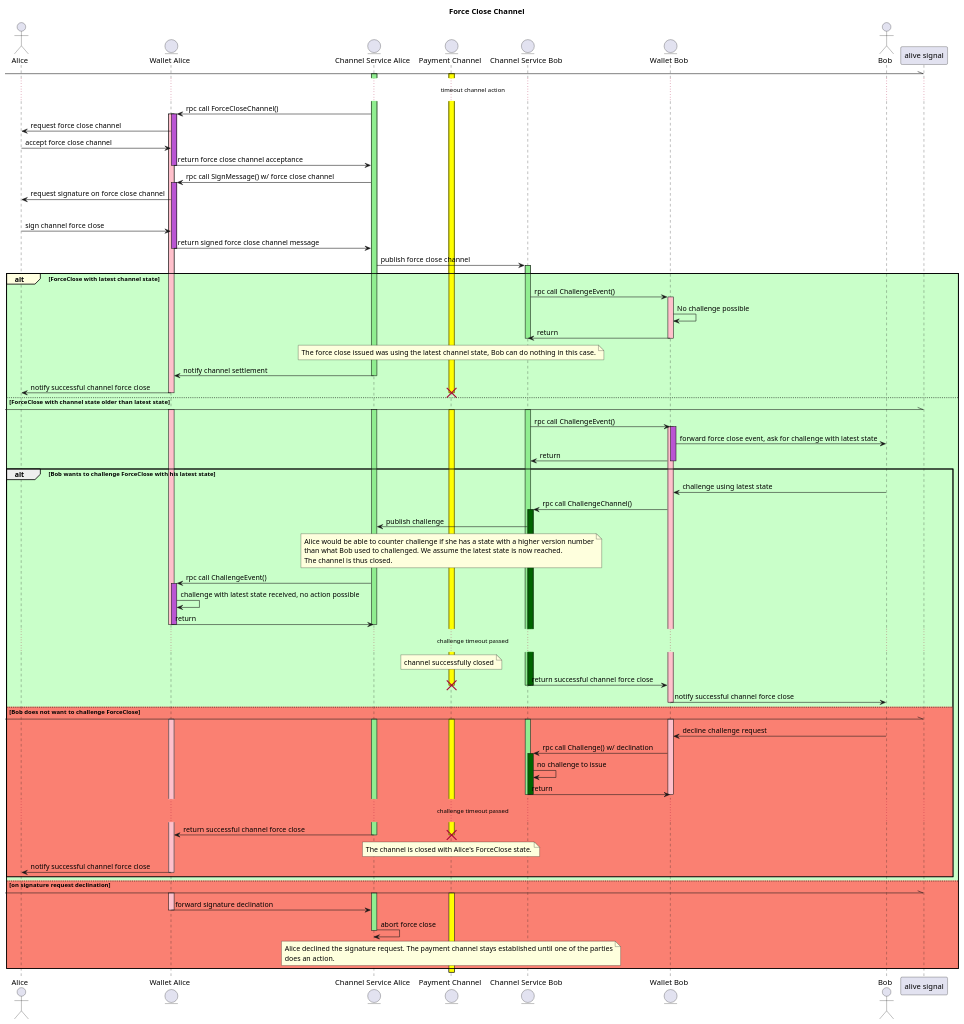
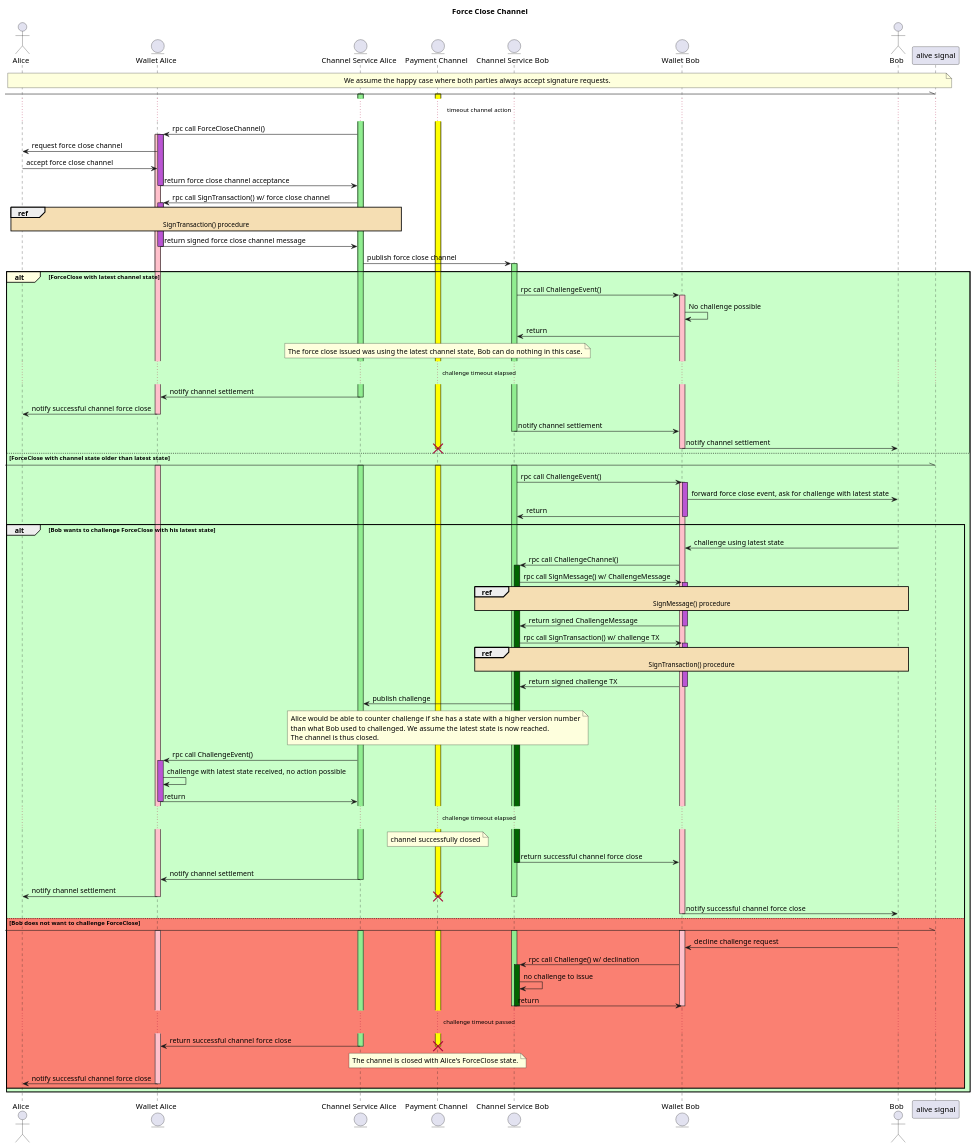
One commit to perun-network/perun-wallet-spec changed the diagram in src/sequence-force-close.pu. Above: the diagram before and after it, drawn with PlantUML. The commit also changed 13 other files, not shown here.

Commit message:
sequence: Clean up sequence diagrams and reference in Spec.md

```diff
--- a/src/sequence-force-close.pu
+++ b/src/sequence-force-close.pu
@@ -1,125 +1,130 @@
 @startuml
 actor Alice as A
 entity "Wallet Alice" as WA
 entity "Channel Service Alice" as CSA
 entity "Payment Channel" as PC
 entity "Channel Service Bob" as CSB
 entity "Wallet Bob" as WB
 actor Bob as B
 
+skinparam sequenceReferenceBackgroundColor wheat
+
 title Force Close Channel
+
+note across: We assume the happy case where both parties always accept signature requests.
 
 [-\\ "alive signal"
 activate PC #yellow
 activate CSA #lightgreen
 ...timeout channel action...
 CSA -> WA : rpc call ForceCloseChannel()
 activate WA #pink
 activate WA #mediumorchid
 WA -> A : request force close channel
 A -> WA : accept force close channel
 WA -> CSA : return force close channel acceptance
 deactivate WA
-CSA -> WA : rpc call SignMessage() w/ force close channel
+CSA -> WA : rpc call SignTransaction() w/ force close channel
 activate WA #mediumorchid
-WA -> A : request signature on force close channel
-alt#gold #lightblue on signature request acceptance
-  A -> WA : sign channel force close
-  WA -> CSA : return signed force close channel message
+ref over A, CSA, WA : SignTransaction() procedure
+WA -> CSA : return signed force close channel message
+deactivate WA
+CSA -> CSB : publish force close channel
+activate CSB #lightgreen
+alt#lightyellow #technology ForceClose with latest channel state
+  CSB -> WB : rpc call ChallengeEvent()
+  activate WB #pink
+  WB -> WB : No challenge possible
+  WB -> CSB : return
+  note over PC
+  The force close issued was using the latest channel state, Bob can do nothing in this case.
+  end note
+  ...challenge timeout elapsed...
+  CSA -> WA : notify channel settlement
+  deactivate CSA
+  WA -> A : notify successful channel force close
   deactivate WA
-  CSA -> CSB : publish force close channel
+  CSB -> WB : notify channel settlement
+  deactivate CSB
+  WB -> B : notify channel settlement
+  deactivate WB
+  destroy PC
+else #technology ForceClose with channel state older than latest state
+  [-\\ "alive signal"
+  activate PC #yellow
+  activate WA #pink
+  activate CSA #lightgreen
   activate CSB #lightgreen
-  alt#lightyellow #technology ForceClose with latest channel state
-    CSB -> WB : rpc call ChallengeEvent()
-    activate WB #pink
-    WB -> WB : No challenge possible
-    WB -> CSB : return
+  CSB -> WB : rpc call ChallengeEvent()
+  activate WB #pink
+  activate WB #mediumorchid
+  WB -> B : forward force close event, ask for challenge with latest state
+  WB -> CSB : return
+  deactivate WB
+  alt Bob wants to challenge ForceClose with his latest state
+    B -> WB : challenge using latest state
+    WB -> CSB : rpc call ChallengeChannel()
+    activate CSB #darkgreen
+    CSB -> WB : rpc call SignMessage() w/ ChallengeMessage
+    activate WB #mediumorchid
+    ref over B, WB, CSB : SignMessage() procedure
+    WB -> CSB : return signed ChallengeMessage
+    deactivate WB
+    CSB -> WB : rpc call SignTransaction() w/ challenge TX
+    activate WB #mediumorchid
+    ref over B, WB, CSB : SignTransaction() procedure
+    WB -> CSB : return signed challenge TX
+    deactivate WB
+    CSB -> CSA : publish challenge
+    note over PC
+    Alice would be able to counter challenge if she has a state with a higher version number
+    than what Bob used to challenged. We assume the latest state is now reached.
+    The channel is thus closed.
+    end note
+    CSA -> WA : rpc call ChallengeEvent()
+    activate WA #mediumorchid
+    WA -> WA : challenge with latest state received, no action possible
+    WA -> CSA : return
+    deactivate WA
+    ...challenge timeout elapsed...
+    note over PC : channel successfully closed
+    CSB -> WB : return successful channel force close
     deactivate CSB
-    deactivate WB
-    note over PC
-    The force close issued was using the latest channel state, Bob can do nothing in this case.
-    end note
     CSA -> WA : notify channel settlement
     deactivate CSA
+    WA -> A : notify channel settlement
+    deactivate WA
+    destroy PC
+    deactivate CSB
+    WB -> B : notify successful channel force close
+    deactivate WB
+  else #salmon Bob does not want to challenge ForceClose
+    [-\\ "alive signal"
+    activate CSA #lightgreen
+    activate CSB #lightgreen
+    activate WB #pink
+    activate WA #pink
+    activate PC #yellow
+    B -> WB : decline challenge request
+    WB -> CSB : rpc call Challenge() w/ declination
+    activate CSB #darkgreen
+    CSB -> CSB : no challenge to issue
+    CSB -> WB : return
+    deactivate WB
+    deactivate CSB
+    deactivate CSB
+    ...challenge timeout passed...
+    CSA -> WA : return successful channel force close
+    deactivate CSA
+    note over PC
+    The channel is closed with Alice's ForceClose state.
+    end note
+    destroy PC
     WA -> A : notify successful channel force close
     deactivate WA
-    destroy PC
-  else #technology ForceClose with channel state older than latest state
-    [-\\ "alive signal"
-    activate PC #yellow
-    activate WA #pink
-    activate CSA #lightgreen
-    activate CSB #lightgreen
-    CSB -> WB : rpc call ChallengeEvent()
-    activate WB #pink
-    activate WB #mediumorchid
-    WB -> B : forward force close event, ask for challenge with latest state
-    WB -> CSB : return
-    deactivate WB
-    alt Bob wants to challenge ForceClose with his latest state
-      B -> WB : challenge using latest state
-      WB -> CSB : rpc call ChallengeChannel()
-      activate CSB #darkgreen
-      CSB -> CSA : publish challenge
-      note over PC
-      Alice would be able to counter challenge if she has a state with a higher version number
-      than what Bob used to challenged. We assume the latest state is now reached.
-      The channel is thus closed.
-      end note
-      CSA -> WA : rpc call ChallengeEvent()
-      activate WA #mediumorchid
-      WA -> WA : challenge with latest state received, no action possible
-      WA -> CSA : return
-      deactivate CSA
-      deactivate WA
-      deactivate WA
-      ...challenge timeout passed...
-      note over PC : channel successfully closed
-      CSB -> WB : return successful channel force close
-      deactivate CSB
-      destroy PC
-      deactivate CSB
-      WB -> B : notify successful channel force close
-      deactivate WB
-    else #salmon Bob does not want to challenge ForceClose
-      [-\\ "alive signal"
-      activate CSA #lightgreen
-      activate CSB #lightgreen
-      activate WB #pink
-      activate WA #pink
-      activate PC #yellow
-      B -> WB : decline challenge request
-      WB -> CSB : rpc call Challenge() w/ declination
-      activate CSB #darkgreen
-      CSB -> CSB : no challenge to issue
-      CSB -> WB : return
-      deactivate WB
-      deactivate CSB
-      deactivate CSB
-      ...challenge timeout passed...
-      CSA -> WA : return successful channel force close
-      deactivate CSA
-      note over PC
-      The channel is closed with Alice's ForceClose state.
-      end note
-      destroy PC
-      WA -> A : notify successful channel force close
-      deactivate WA
-    end
-else #salmon on signature request declination
-  [-\\ "alive signal"
-  activate WA #pink
-  activate CSA #lightgreen
-  activate PC #yellow
-  WA -> CSA : forward signature declination
-  deactivate WA
-  CSA -> CSA : abort force close
-  deactivate CSA
-  note over PC
-  Alice declined the signature request. The payment channel stays established until one of the parties
-  does an action.
-  end note
+  end
 end
+
 deactivate PC
 
 @enduml
```
